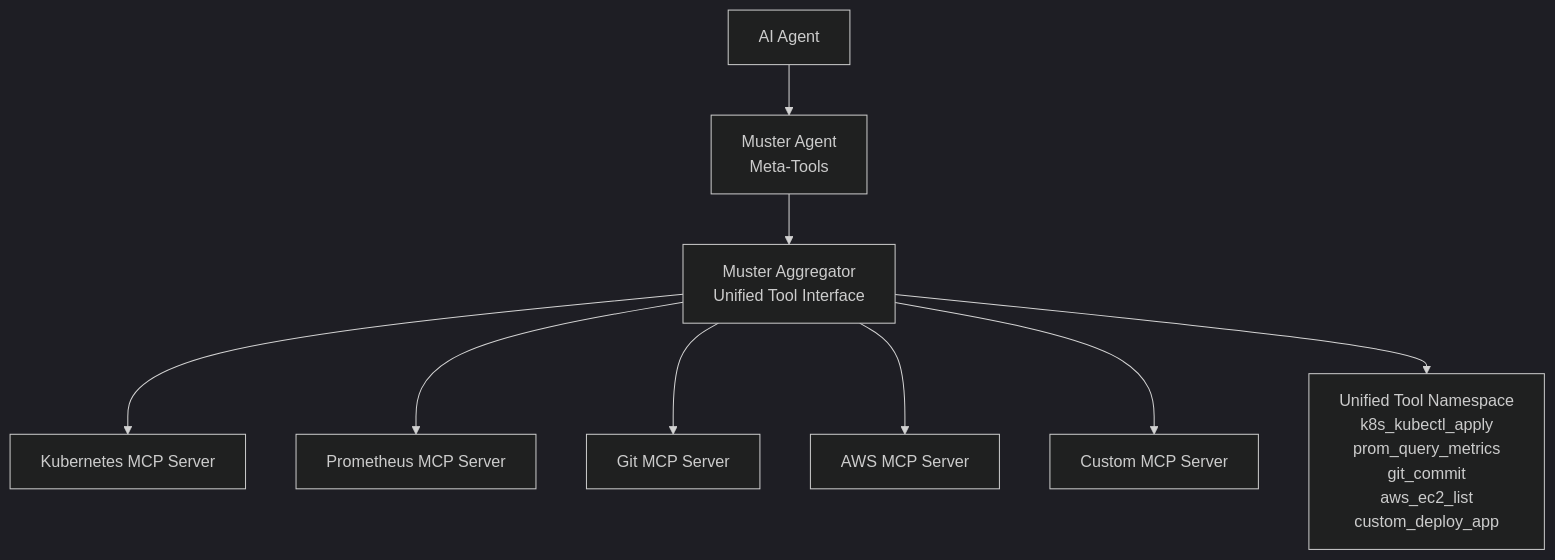
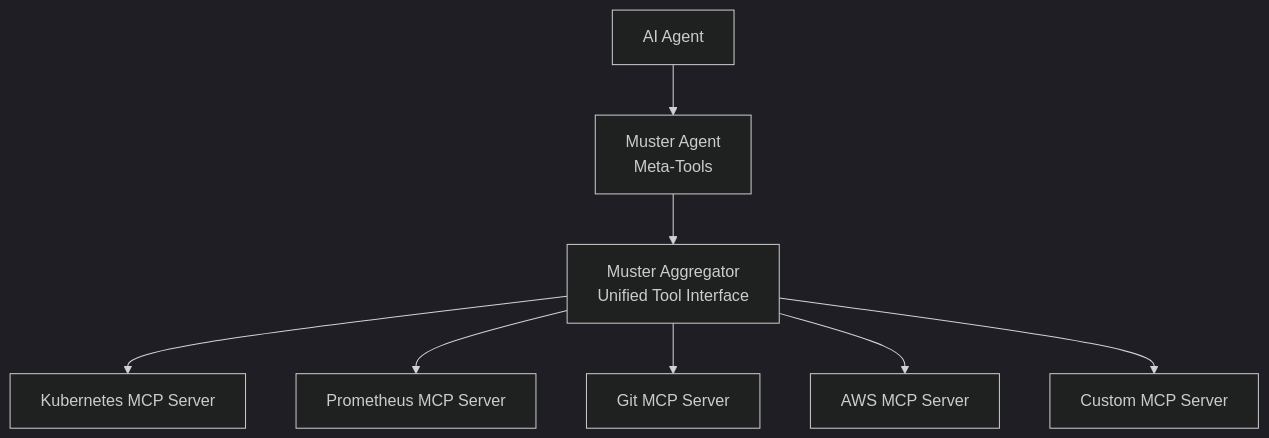
The second of 4 diagrams in docs/explanation/mcp-aggregation.md (giantswarm/muster), drawn with Mermaid (dark theme) before and after one commit. The commit also changed other lines of this file and 5 other files, not shown here.

````diff
--- a/docs/explanation/mcp-aggregation.md
+++ b/docs/explanation/mcp-aggregation.md
@@ -44,15 +44,13 @@
 ```mermaid
 graph TB
     Agent[AI Agent]
     
     Agent --> MusterAgent[Muster Agent<br/>Meta-Tools]
     MusterAgent --> Aggregator[Muster Aggregator<br/>Unified Tool Interface]
     
     Aggregator --> K8s[Kubernetes MCP Server]
     Aggregator --> Prom[Prometheus MCP Server]
     Aggregator --> Git[Git MCP Server]
     Aggregator --> AWS[AWS MCP Server]
     Aggregator --> Custom[Custom MCP Server]
-    
-    Aggregator --> UnifiedTools[Unified Tool Namespace<br/>k8s_kubectl_apply<br/>prom_query_metrics<br/>git_commit<br/>aws_ec2_list<br/>custom_deploy_app]
 ```
````
